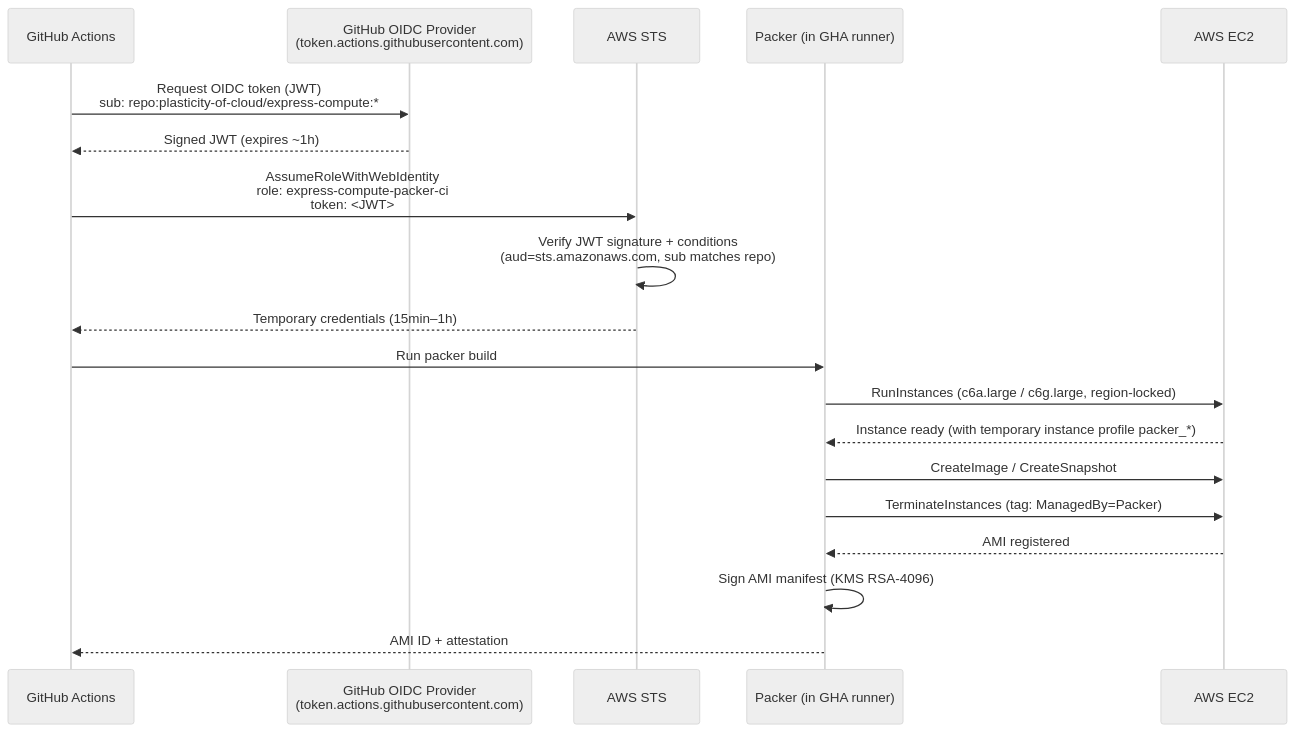
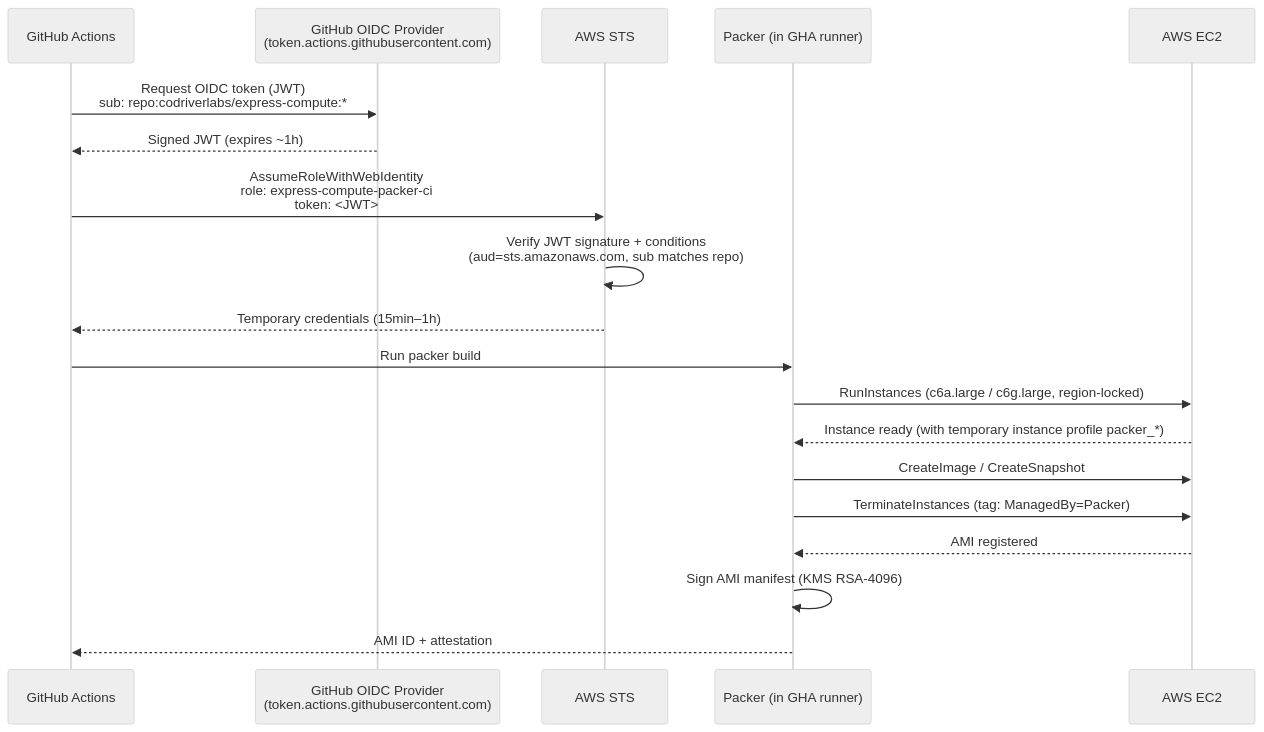
Before and after one commit to codriverlabs/express-compute-platform: the diagram in ami-builder/cdk/README.md, drawn with Mermaid (neutral theme). The commit also changed other lines of this file and 12 other files, not shown here.

First line of the commit message:
chore: migrate org references from plasticity-of-cloud to codriverlabs

````diff
--- a/ami-builder/cdk/README.md
+++ b/ami-builder/cdk/README.md
@@ -11,24 +11,24 @@
 ```mermaid
 sequenceDiagram
     participant GHA as GitHub Actions
     participant GHOIDC as GitHub OIDC Provider<br/>(token.actions.githubusercontent.com)
     participant STS as AWS STS
     participant Packer as Packer (in GHA runner)
     participant EC2 as AWS EC2
 
-    GHA->>GHOIDC: Request OIDC token (JWT)<br/>sub: repo:plasticity-of-cloud/express-compute:*
+    GHA->>GHOIDC: Request OIDC token (JWT)<br/>sub: repo:codriverlabs/express-compute:*
     GHOIDC-->>GHA: Signed JWT (expires ~1h)
 
     GHA->>STS: AssumeRoleWithWebIdentity<br/>role: express-compute-packer-ci<br/>token: <JWT>
     STS->>STS: Verify JWT signature + conditions<br/>(aud=sts.amazonaws.com, sub matches repo)
     STS-->>GHA: Temporary credentials (15min–1h)
 
     GHA->>Packer: Run packer build
     Packer->>EC2: RunInstances (c6a.large / c6g.large, region-locked)
     EC2-->>Packer: Instance ready (with temporary instance profile packer_*)
     Packer->>EC2: CreateImage / CreateSnapshot
     Packer->>EC2: TerminateInstances (tag: ManagedBy=Packer)
     EC2-->>Packer: AMI registered
     Packer->>Packer: Sign AMI manifest (KMS RSA-4096)
     Packer-->>GHA: AMI ID + attestation
 ```
````
